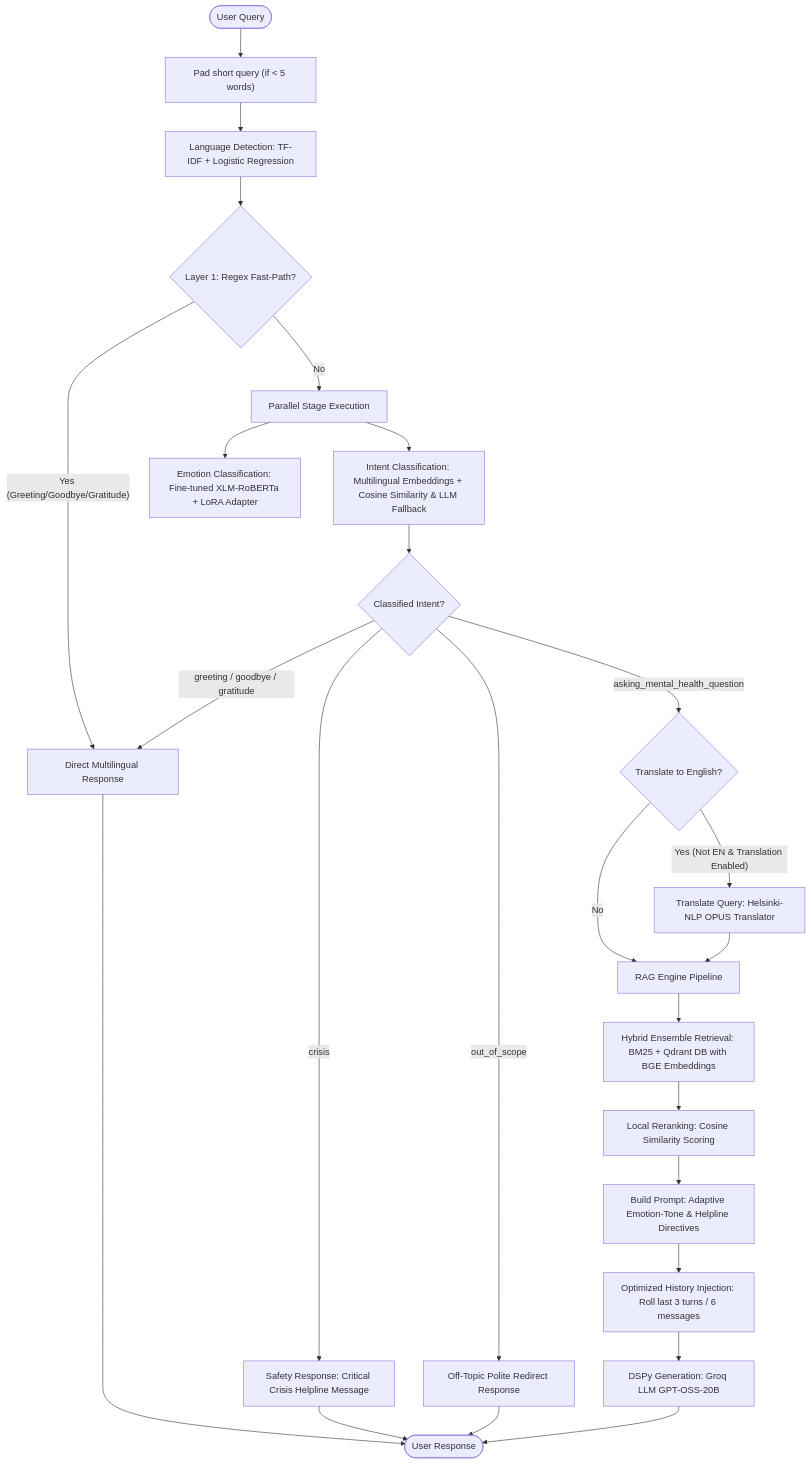
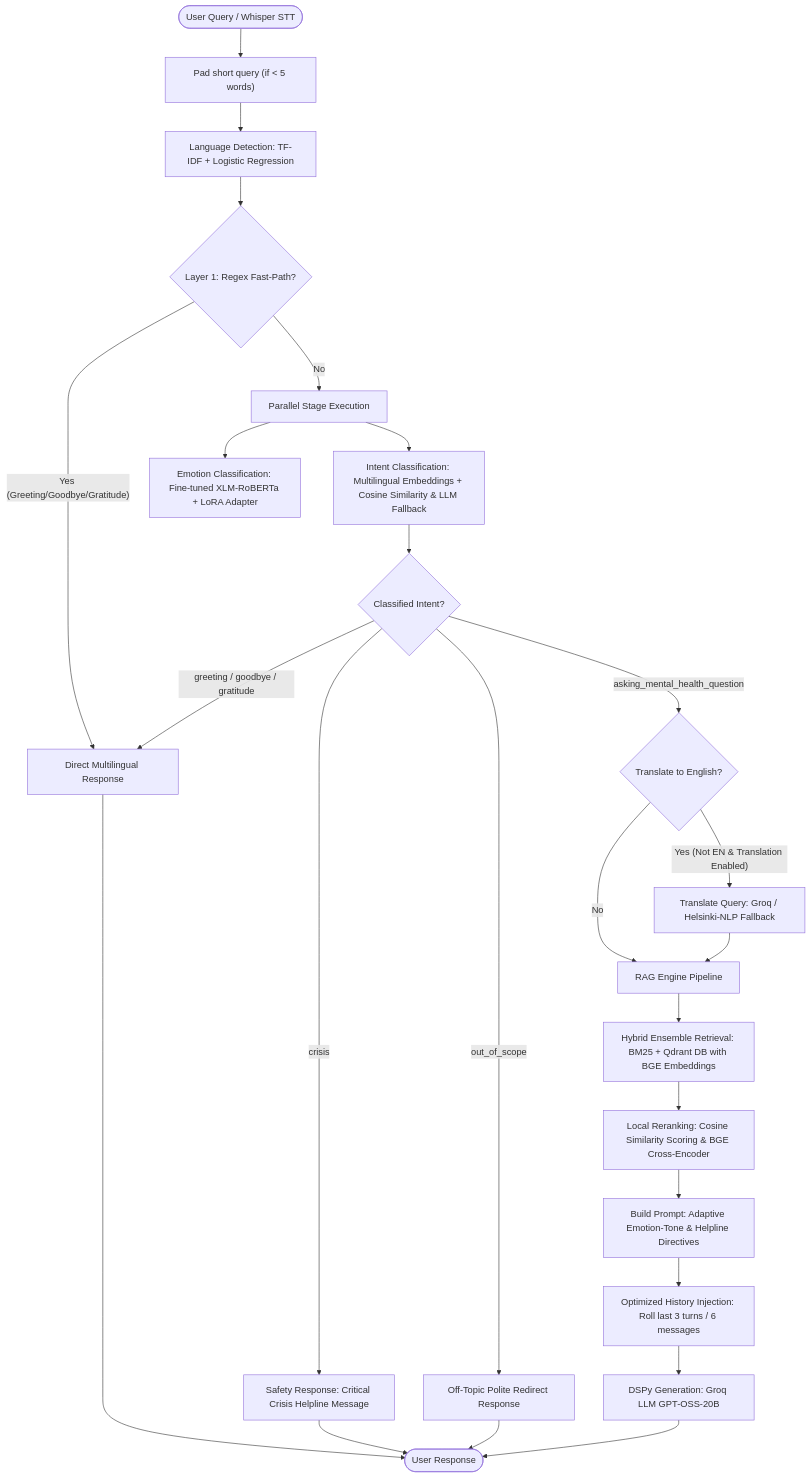
Before and after one commit to Mazen149/Mental-Health-RAG-Chatbot: the diagram in README.md, drawn with Mermaid. The commit also changed other lines of this file, not shown here.

````diff
--- a/README.md
+++ b/README.md
@@ -31,41 +33,41 @@
 ```mermaid
 graph TD
-    UserQuery([User Query]) --> PadShortQuery["Pad short query (if < 5 words)"]
+    UserQuery([User Query / Whisper STT]) --> PadShortQuery["Pad short query (if < 5 words)"]
     PadShortQuery --> LangDetect["Language Detection: TF-IDF + Logistic Regression"]
     LangDetect --> Layer1Router{"Layer 1: Regex Fast-Path?"}
     
     %% Direct Responses
     Layer1Router -- "Yes (Greeting/Goodbye/Gratitude)" --> DirectResponse["Direct Multilingual Response"]
     DirectResponse --> Output([User Response])
 
     %% NLP Processing Layer
     Layer1Router -- "No" --> ClassificationFork["Parallel Stage Execution"]
     
     %% Parallel Classification
     ClassificationFork --> IntentClass["Intent Classification: Multilingual Embeddings + Cosine Similarity & LLM Fallback"]
     ClassificationFork --> EmotionClass["Emotion Classification: Fine-tuned XLM-RoBERTa + LoRA Adapter"]
 
     %% Intent Routing Decision
     IntentClass --> IntentRouter{"Classified Intent?"}
     
     IntentRouter -- "greeting / goodbye / gratitude" --> DirectResponse
     
     IntentRouter -- "crisis" --> CrisisResponse["Safety Response: Critical Crisis Helpline Message"]
     CrisisResponse --> Output
-
+    
     IntentRouter -- "out_of_scope" --> RedirectResponse["Off-Topic Polite Redirect Response"]
     RedirectResponse --> Output
 
     IntentRouter -- "asking_mental_health_question" --> TranslationCheck{"Translate to English?"}
-    TranslationCheck -- "Yes (Not EN & Translation Enabled)" --> TransEngine["Translate Query: Helsinki-NLP OPUS Translator"]
+    TranslationCheck -- "Yes (Not EN & Translation Enabled)" --> TransEngine["Translate Query: Groq / Helsinki-NLP Fallback"]
     TranslationCheck -- "No" --> RAGEngine["RAG Engine Pipeline"]
     TransEngine --> RAGEngine
     
     %% RAG Engine Pipeline
     RAGEngine --> HybridRetrieval["Hybrid Ensemble Retrieval: BM25 + Qdrant DB with BGE Embeddings"]
-    HybridRetrieval --> Reranker["Local Reranking: Cosine Similarity Scoring"]
+    HybridRetrieval --> Reranker["Local Reranking: Cosine Similarity Scoring & BGE Cross-Encoder"]
     Reranker --> BuildPrompt["Build Prompt: Adaptive Emotion-Tone & Helpline Directives"]
     BuildPrompt --> HistoryPruning["Optimized History Injection: Roll last 3 turns / 6 messages"]
     HistoryPruning --> GroqLLM["DSPy Generation: Groq LLM GPT-OSS-20B"]
     GroqLLM --> Output
 ```
````
